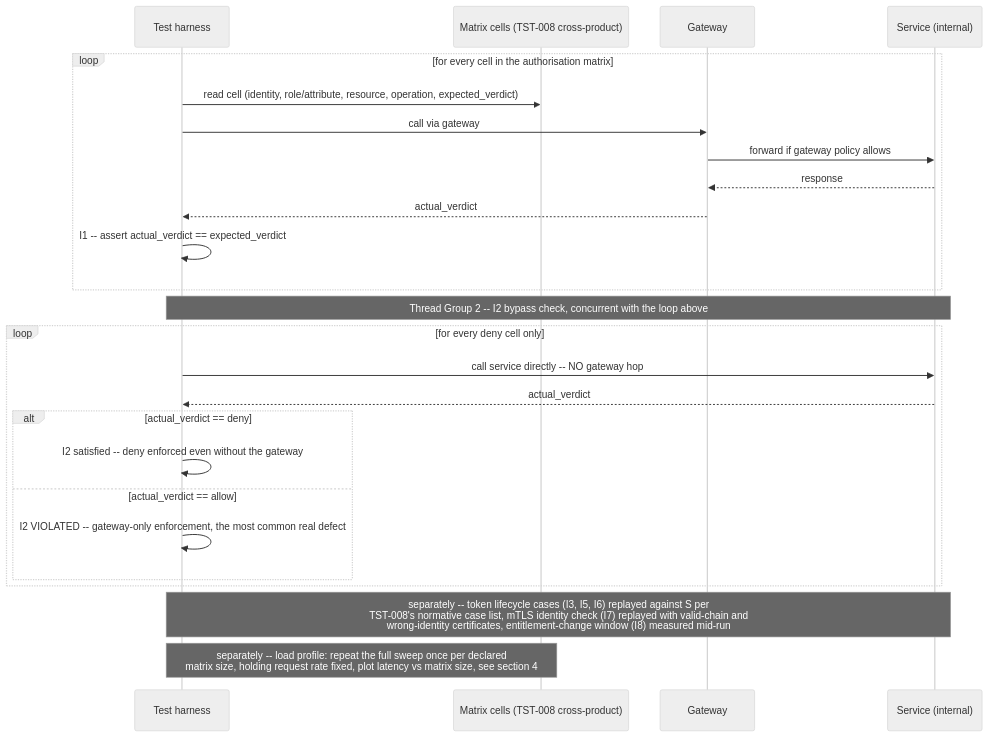
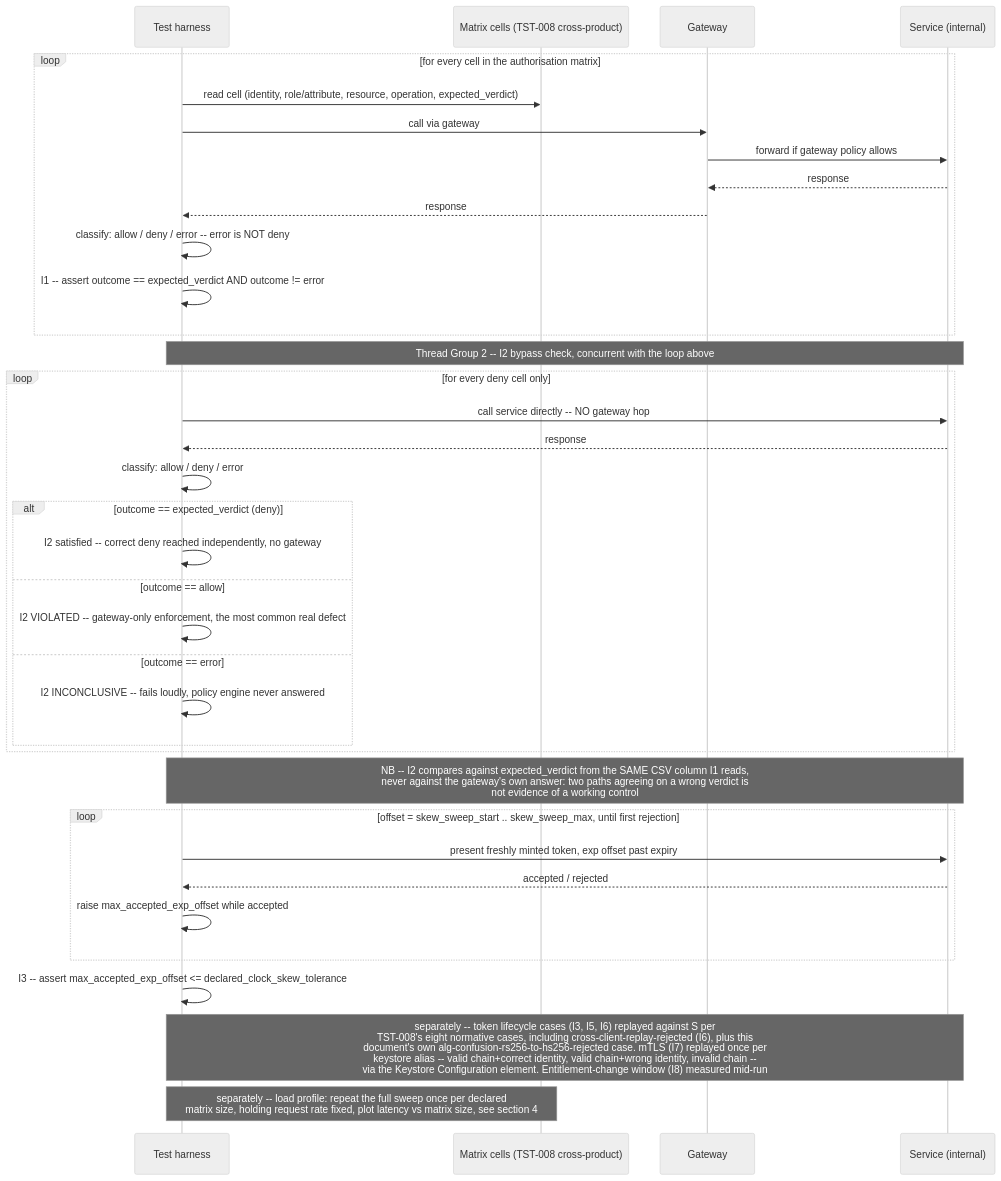
The diagram in knowledge-base/testing/archetypes/authn-authz-token-lifecycle.md (simbataisa/arch-as-code), drawn with Mermaid (neutral theme) before and after one commit. The commit also changed other lines of this file, not shown here.

First line of the commit message:
fix(testing): resolve InfoSec review findings R1-R10 for TST-040

````diff
--- a/knowledge-base/testing/archetypes/authn-authz-token-lifecycle.md
+++ b/knowledge-base/testing/archetypes/authn-authz-token-lifecycle.md
@@ -411,31 +757,44 @@
 ```mermaid
 sequenceDiagram
     participant H as Test harness
     participant M as Matrix cells (TST-008 cross-product)
     participant G as Gateway
     participant S as Service (internal)
 
     loop for every cell in the authorisation matrix
         H->>M: read cell (identity, role/attribute, resource, operation, expected_verdict)
         H->>G: call via gateway
         G->>S: forward if gateway policy allows
         S-->>G: response
-        G-->>H: actual_verdict
-        H->>H: I1 -- assert actual_verdict == expected_verdict
+        G-->>H: response
+        H->>H: classify: allow / deny / error -- error is NOT deny
+        H->>H: I1 -- assert outcome == expected_verdict AND outcome != error
     end
 
     Note over H,S: Thread Group 2 -- I2 bypass check, concurrent with the loop above
     loop for every deny cell only
         H->>S: call service directly -- NO gateway hop
-        S-->>H: actual_verdict
-        alt actual_verdict == deny
-            H->>H: I2 satisfied -- deny enforced even without the gateway
-        else actual_verdict == allow
+        S-->>H: response
+        H->>H: classify: allow / deny / error
+        alt outcome == expected_verdict (deny)
+            H->>H: I2 satisfied -- correct deny reached independently, no gateway
+        else outcome == allow
             H->>H: I2 VIOLATED -- gateway-only enforcement, the most common real defect
+        else outcome == error
+            H->>H: I2 INCONCLUSIVE -- fails loudly, policy engine never answered
         end
     end
 
-    Note over H,S: separately -- token lifecycle cases (I3, I5, I6) replayed against S per<br/>TST-008's normative case list, mTLS identity check (I7) replayed with valid-chain and<br/>wrong-identity certificates, entitlement-change window (I8) measured mid-run
+    Note over H,S: NB -- I2 compares against expected_verdict from the SAME CSV column I1 reads,<br/>never against the gateway's own answer: two paths agreeing on a wrong verdict is<br/>not evidence of a working control
+
+    loop offset = skew_sweep_start .. skew_sweep_max, until first rejection
+        H->>S: present freshly minted token, exp offset past expiry
+        S-->>H: accepted / rejected
+        H->>H: raise max_accepted_exp_offset while accepted
+    end
+    H->>H: I3 -- assert max_accepted_exp_offset <= declared_clock_skew_tolerance
+
+    Note over H,S: separately -- token lifecycle cases (I3, I5, I6) replayed against S per<br/>TST-008's eight normative cases, including cross-client-replay-rejected (I6), plus this<br/>document's own alg-confusion-rs256-to-hs256-rejected case. mTLS (I7) replayed once per<br/>keystore alias -- valid chain+correct identity, valid chain+wrong identity, invalid chain --<br/>via the Keystore Configuration element. Entitlement-change window (I8) measured mid-run
 
     Note over H,M: separately -- load profile: repeat the full sweep once per declared<br/>matrix size, holding request rate fixed, plot latency vs matrix size, see section 4
 ```
````
